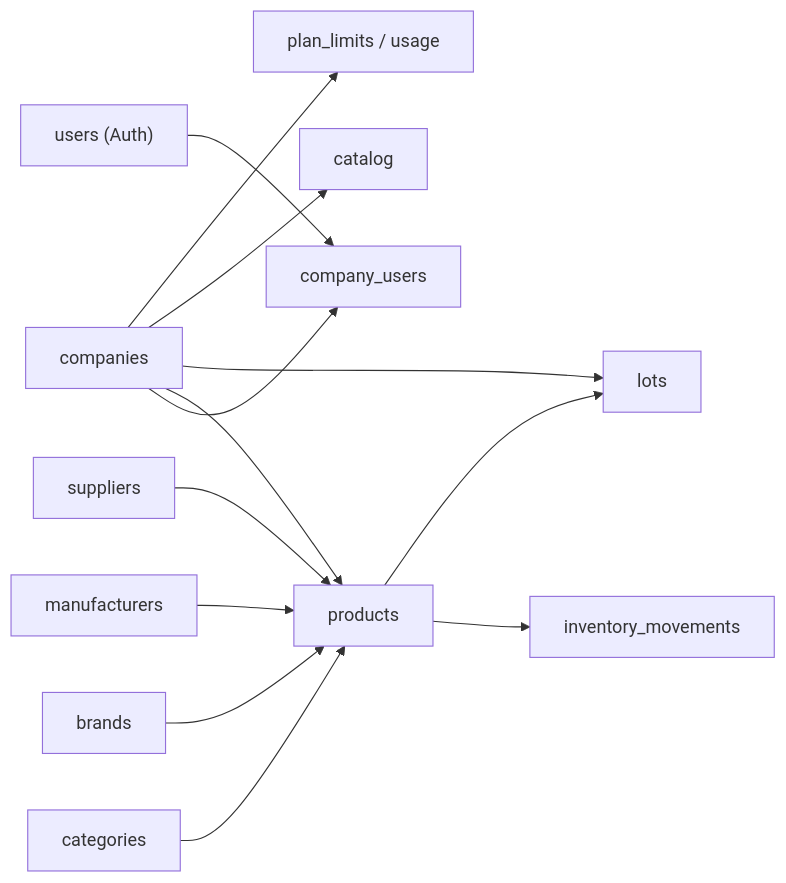
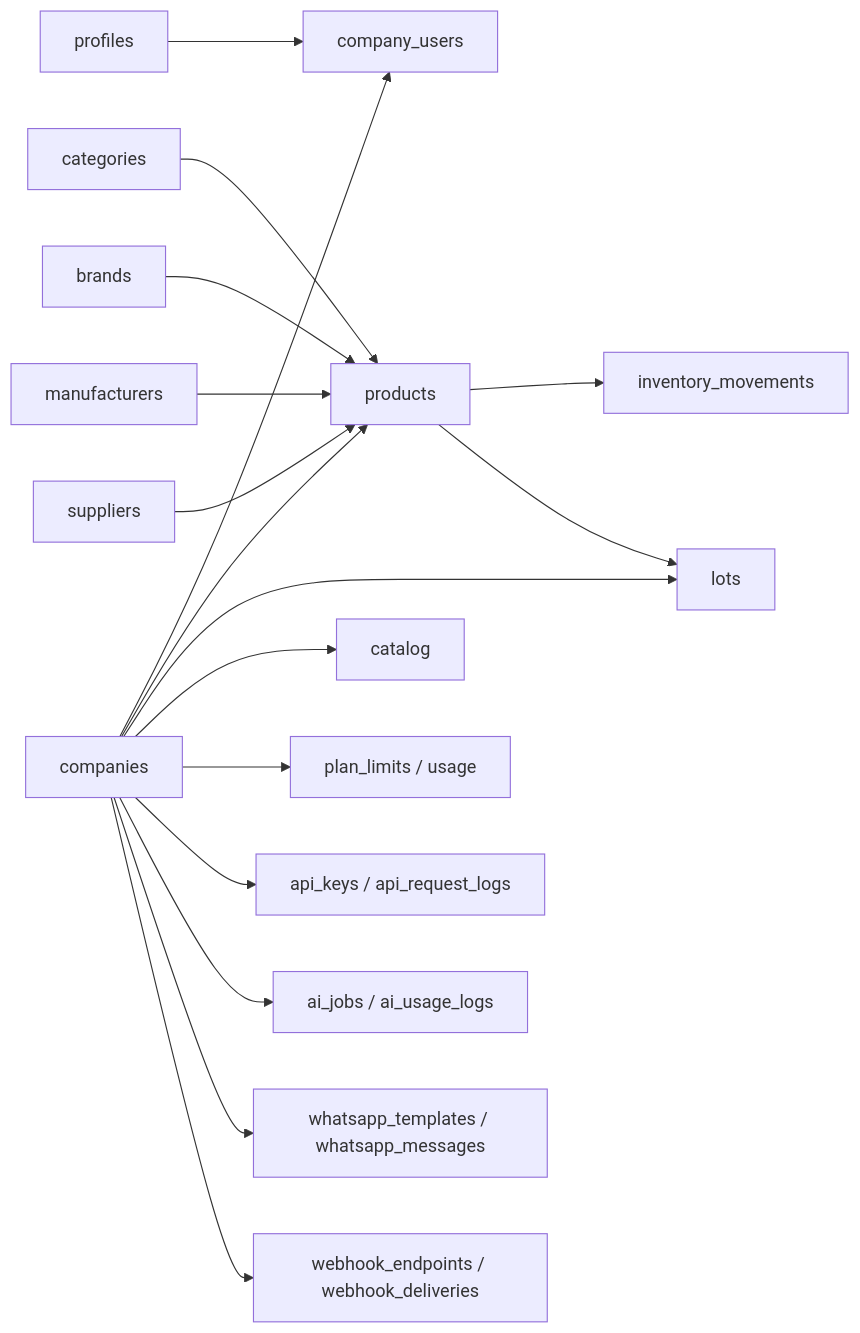
One commit to pycriador/olivelas-marketflow changed the diagram in docs/en/architecture/data-model.md. Above: the diagram before and after it, drawn with Mermaid. The commit also changed other lines of this file and 124 other files, not shown here.

Commit message:
feat: complete marketflow platform with github pages deploy, spa routing, and secure supabase edge architecture

````diff
--- a/docs/en/architecture/data-model.md
+++ b/docs/en/architecture/data-model.md
@@ -53,15 +66,19 @@
 ```mermaid
 flowchart LR
     Company["companies"] --> CU["company_users"]
-    Users["users (Auth)"] --> CU
+    Profiles["profiles"] --> CU
     Company --> Products["products"]
     Categories["categories"] --> Products
     Brands["brands"] --> Products
     Manufacturers["manufacturers"] --> Products
     Suppliers["suppliers"] --> Products
     Products --> Inv["inventory_movements"]
     Products --> Lots["lots"]
     Company --> Lots
     Company --> Catalog["catalog"]
     Company --> Plans["plan_limits / usage"]
+    Company --> Api["api_keys / api_request_logs"]
+    Company --> Ai["ai_jobs / ai_usage_logs"]
+    Company --> Wa["whatsapp_templates / whatsapp_messages"]
+    Company --> Wh["webhook_endpoints / webhook_deliveries"]
 ```
````
